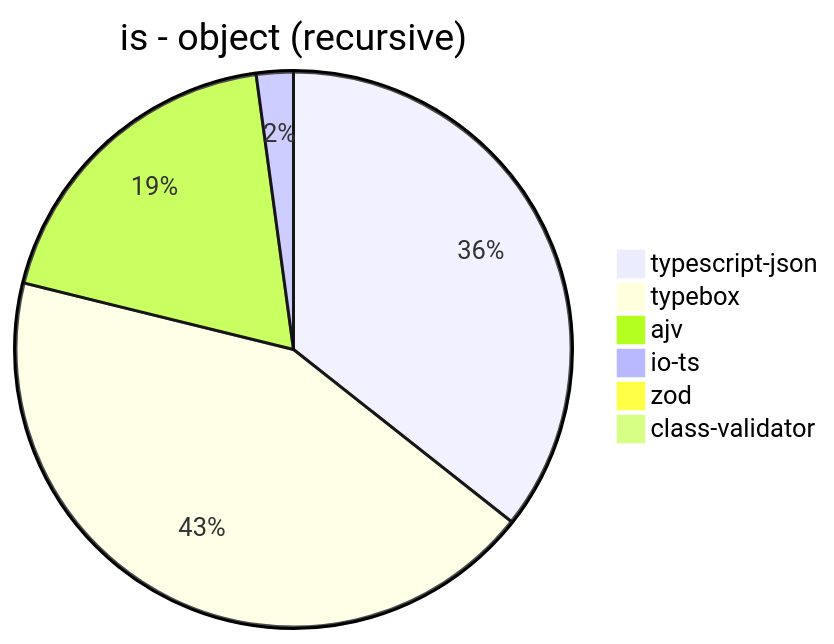
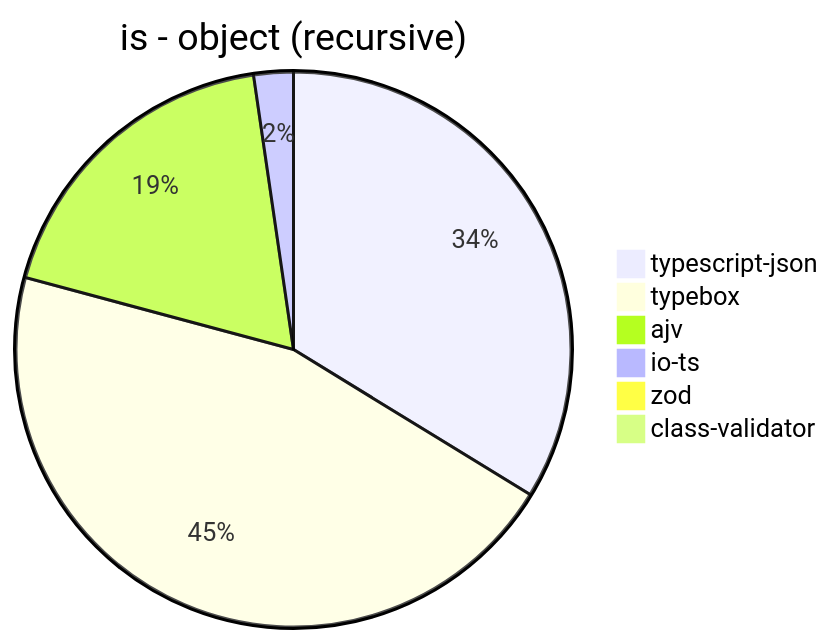
Before and after one commit to samchon/typia: the second of 38 diagrams in benchmark/results/11th Gen Intel(R) Core(TM) i5-1135G7 @ 2.40GHz.md, drawn with Mermaid. The commit also changed other lines of this file and 364 other files, not shown here.

````diff
--- a/benchmark/results/11th Gen Intel(R) Core(TM) i5-1135G7 @ 2.40GHz.md
+++ b/benchmark/results/11th Gen Intel(R) Core(TM) i5-1135G7 @ 2.40GHz.md
@@ -32,9 +32,9 @@
 ```mermaid
 pie title is - object (recursive)
-  "typescript-json": 69259.59577229743
-  "typebox": 83967.53246753247
-  "ajv": 36916.357566765575
-  "io-ts": 4180.8413767983975
-  "zod": 71.50858849887976
-  "class-validator": 40
+  "typescript-json": 61591.32671811834
+  "typebox": 82880.3167004235
+  "ajv": 33788.337331611
+  "io-ts": 4202.418025279356
+  "zod": 67.07772795216741
+  "class-validator": 37.323037323037326
 ```
````
